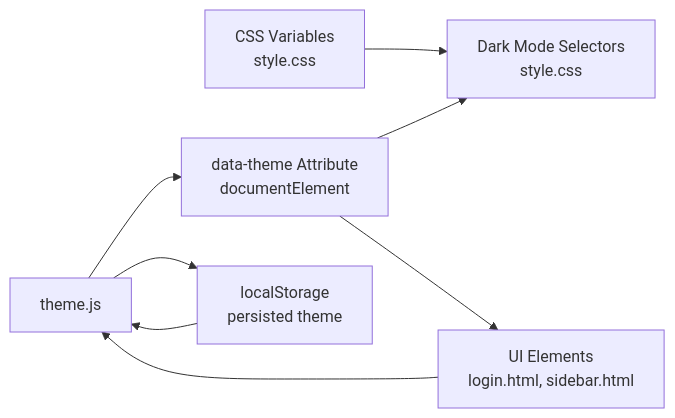
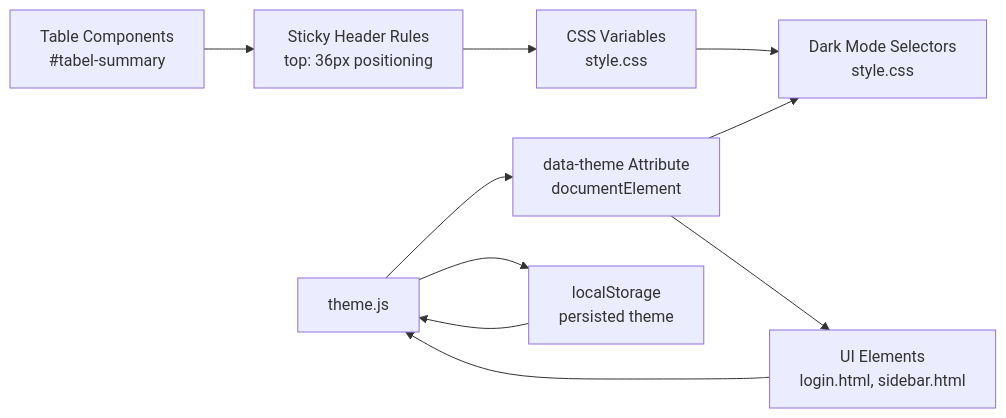
Before and after one commit to rendisiagian/TDS_by_RENDISIAGIAN: the fifth of 5 diagrams in .qoder/repowiki/en/content/User Interface & Experience/Theme & Styling.md, drawn with Mermaid. The commit also changed other lines of this file and 6 other files, not shown here.

````diff
--- a/.qoder/repowiki/en/content/User Interface & Experience/Theme & Styling.md
+++ b/.qoder/repowiki/en/content/User Interface & Experience/Theme & Styling.md
@@ -231,10 +276,12 @@
 ```mermaid
 graph LR
 CSSVars["CSS Variables<br/>style.css"] --> DarkSelectors["Dark Mode Selectors<br/>style.css"]
 ThemeJS["theme.js"] --> RootAttr["data-theme Attribute<br/>documentElement"]
 RootAttr --> DarkSelectors
 RootAttr --> UIElements["UI Elements<br/>login.html, sidebar.html"]
 UIElements --> ThemeJS
 ThemeJS --> LocalStorage["localStorage<br/>persisted theme"]
 LocalStorage --> ThemeJS
+TableComponents["Table Components<br/>#tabel-summary"] --> StickyRules["Sticky Header Rules<br/>top: 36px positioning"]
+StickyRules --> CSSVars
 ```
````
